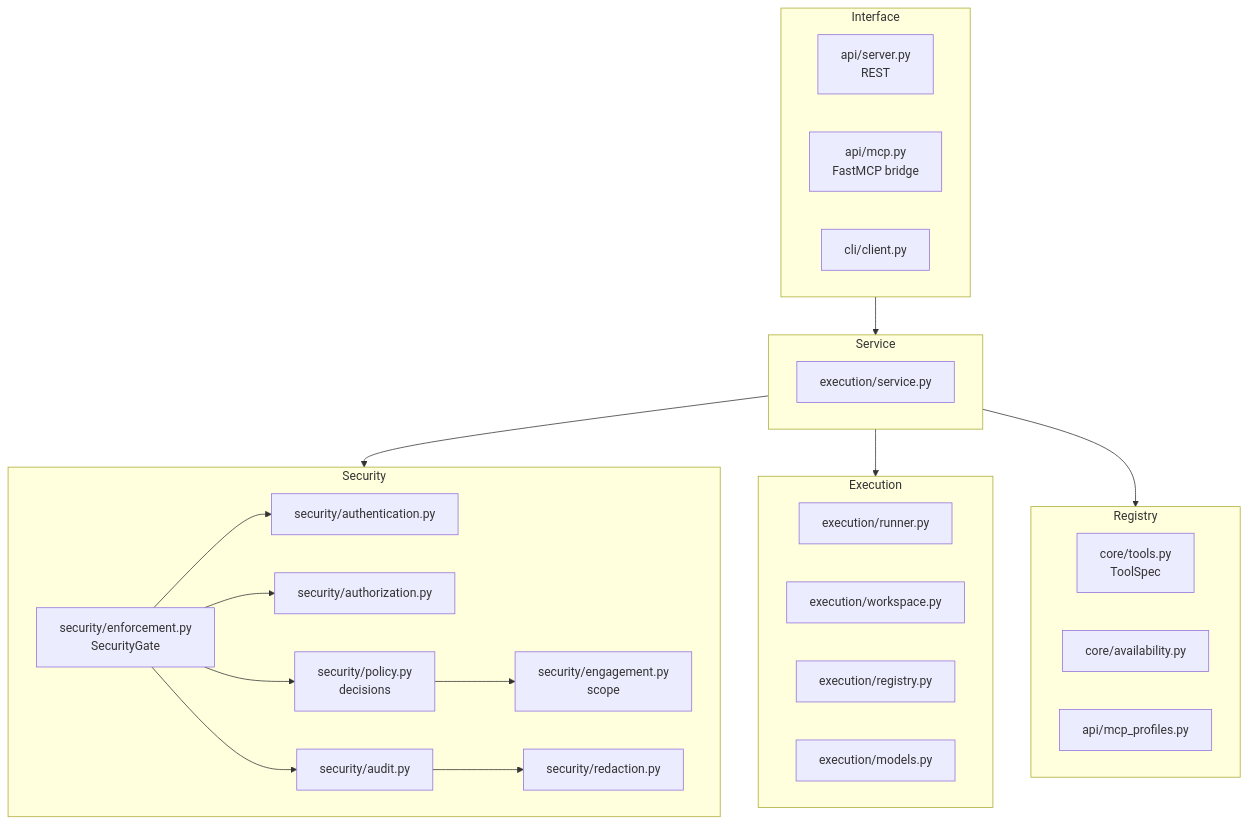
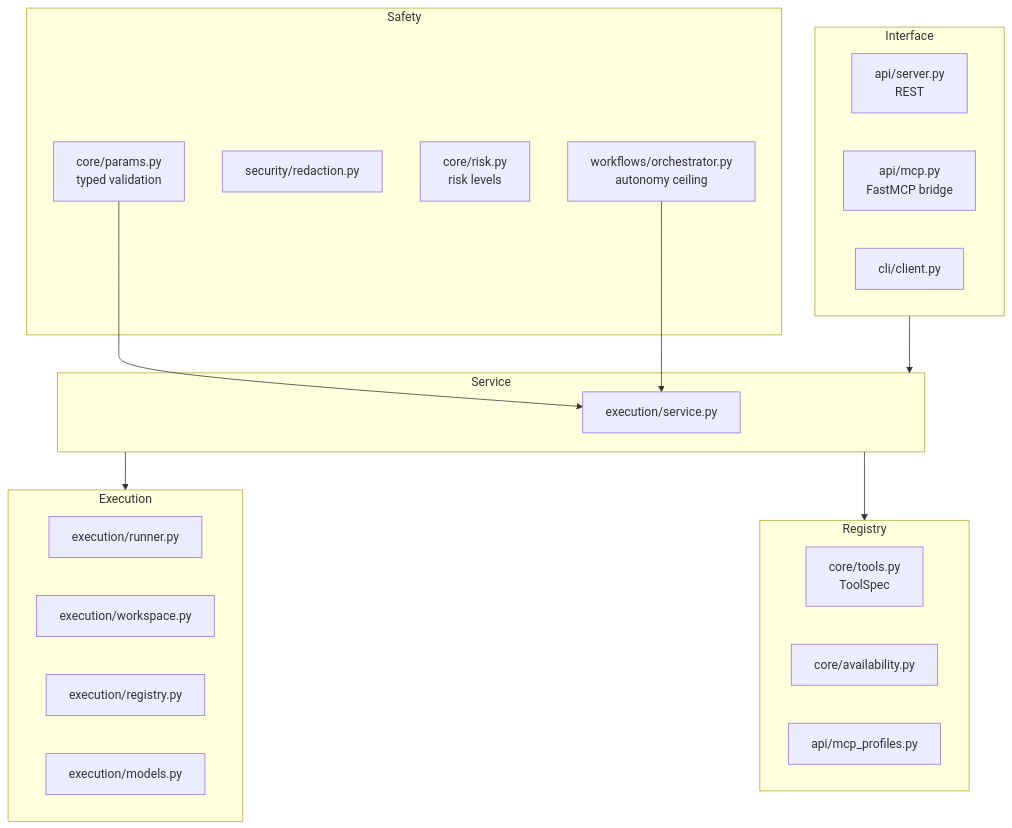
One commit to Arseno25/nexhunter changed the second of 6 diagrams in docs/architecture.md. Above: the diagram before and after it, drawn with Mermaid. The commit also changed other lines of this file and 56 other files, not shown here.

````diff
--- a/docs/architecture.md
+++ b/docs/architecture.md
@@ -45,44 +42,38 @@
 ```mermaid
 flowchart TB
     subgraph interface [Interface]
         A1[api/server.py<br/>REST]
         A2[api/mcp.py<br/>FastMCP bridge]
         A3[cli/client.py]
     end
 
     subgraph service [Service]
         B1[execution/service.py]
     end
 
-    subgraph policy [Security]
-        C1[security/enforcement.py<br/>SecurityGate]
-        C2[security/authentication.py]
-        C3[security/authorization.py]
-        C4[security/engagement.py<br/>scope]
-        C5[security/policy.py<br/>decisions]
-        C6[security/redaction.py]
-        C7[security/audit.py]
+    subgraph safety [Safety]
+        C1[core/params.py<br/>typed validation]
+        C2[security/redaction.py]
+        C3[core/risk.py<br/>risk levels]
+        C4[workflows/orchestrator.py<br/>autonomy ceiling]
     end
 
     subgraph exec [Execution]
         D1[execution/runner.py]
         D2[execution/workspace.py]
         D3[execution/registry.py]
         D4[execution/models.py]
     end
 
     subgraph registry [Registry]
         E1[core/tools.py<br/>ToolSpec]
         E2[core/availability.py]
         E3[api/mcp_profiles.py]
     end
 
     interface --> service
-    service --> policy
     service --> exec
     service --> registry
-    C1 --> C2 & C3 & C5
-    C5 --> C4
-    C1 --> C7
-    C7 --> C6
+    C1 --> B1
+    C4 --> B1
 ```
````
